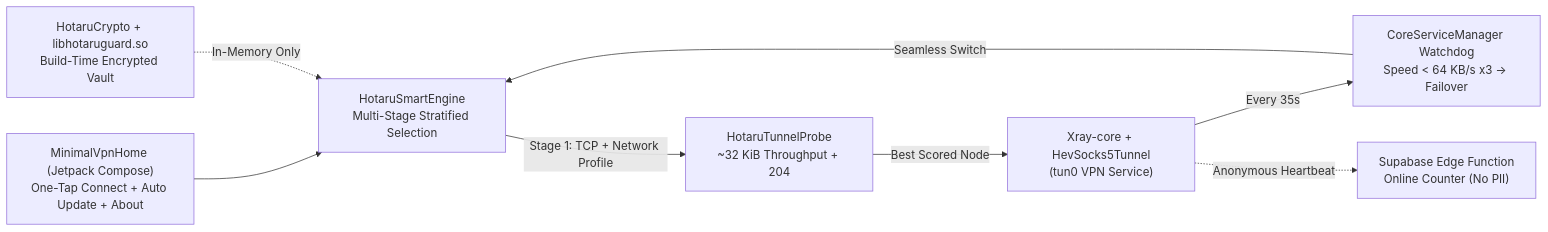
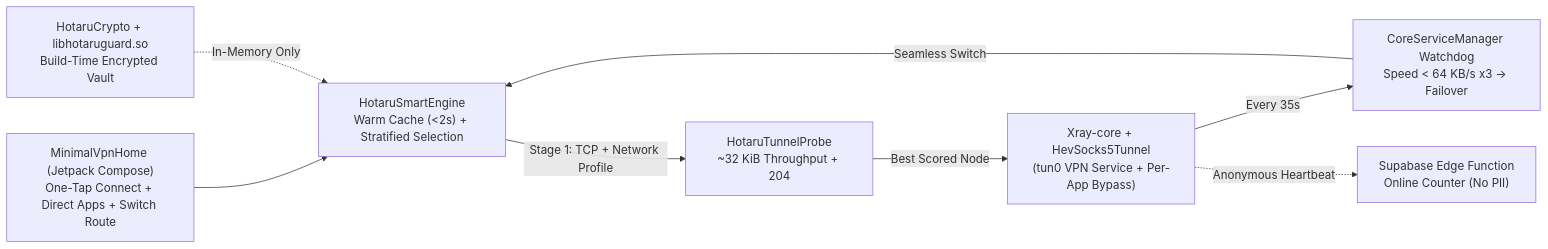
The diagram in ARCHITECTURE.fa.md (OneForAllHub/HotaruNet), drawn with Mermaid before and after one commit. The commit also changed other lines of this file and 61 other files, not shown here.

Commit message:
Release HotaruNet v2.3.45: Per-App Direct Bypass, <2s Warm Reconnect, Live Switch Route, Tray & SEO

````diff
--- a/ARCHITECTURE.fa.md
+++ b/ARCHITECTURE.fa.md
@@ -13,10 +13,10 @@
 ```mermaid
 flowchart LR
-    UI["MinimalVpnHome (Jetpack Compose)\nOne-Tap Connect + Auto Update + About"] --> Engine["HotaruSmartEngine\nMulti-Stage Stratified Selection"]
+    UI["MinimalVpnHome (Jetpack Compose)\nOne-Tap Connect + Direct Apps + Switch Route"] --> Engine["HotaruSmartEngine\nWarm Cache (<2s) + Stratified Selection"]
     Engine -->|Stage 1: TCP + Network Profile| Probe["HotaruTunnelProbe\n~32 KiB Throughput + 204"]
-    Probe -->|Best Scored Node| Core["Xray-core + HevSocks5Tunnel\n(tun0 VPN Service)"]
+    Probe -->|Best Scored Node| Core["Xray-core + HevSocks5Tunnel\n(tun0 VPN Service + Per-App Bypass)"]
     Core -->|Every 35s| Watchdog["CoreServiceManager Watchdog\nSpeed < 64 KB/s x3 -> Failover"]
     Watchdog -->|Seamless Switch| Engine
     Crypto["HotaruCrypto + libhotaruguard.so\nBuild-Time Encrypted Vault"] -.->|In-Memory Only| Engine
     Core -.->|Anonymous Heartbeat| Telemetry["Supabase Edge Function\nOnline Counter (No PII)"]
 ```
````
